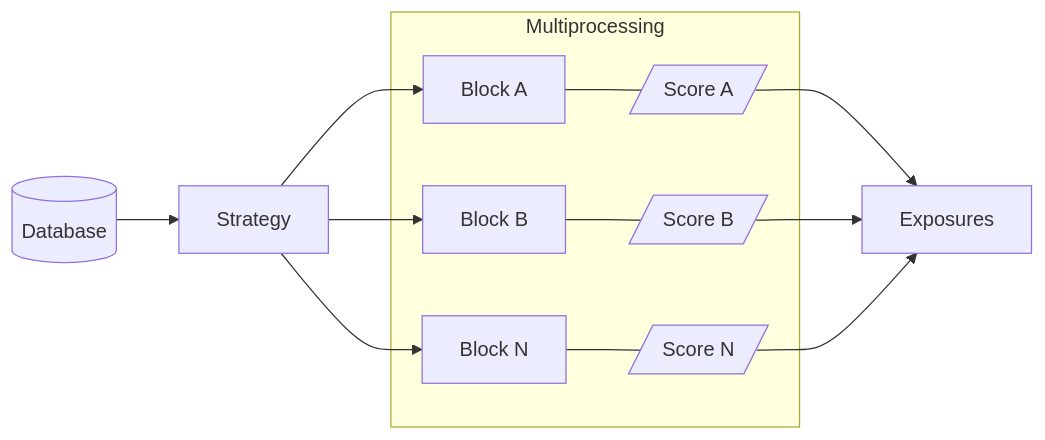
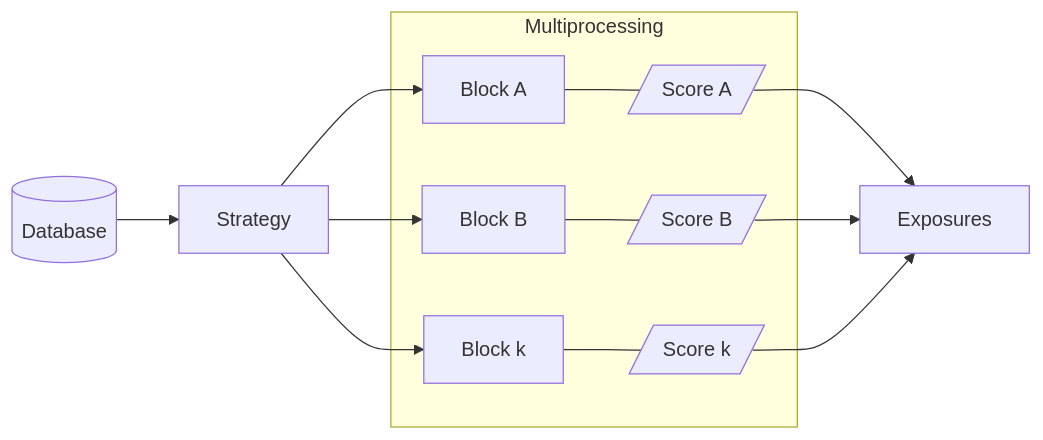
Before and after one commit to ActurialCapital/opendesk: the second of 2 diagrams in docs/getting_started/main_concepts.md, drawn with Mermaid. The commit also changed other lines of this file, not shown here.

````diff
--- a/docs/getting_started/main_concepts.md
+++ b/docs/getting_started/main_concepts.md
@@ -75,13 +75,13 @@
 ``` mermaid
 graph LR
   id1[(Database)] --> B[Strategy];
-  B --> C[Block A] & D[Block B] & E[Block N];
+  B --> C[Block A] & D[Block B] & E[Block k];
   subgraph Multiprocessing
   C --- F[/Score A/];
   D --- G[/Score B/];
-  E --- H[/Score N/];
+  E --- H[/Score k/];
   end
   F --> I[Exposures];
   G --> I;
   H -->I;
 ```
````
